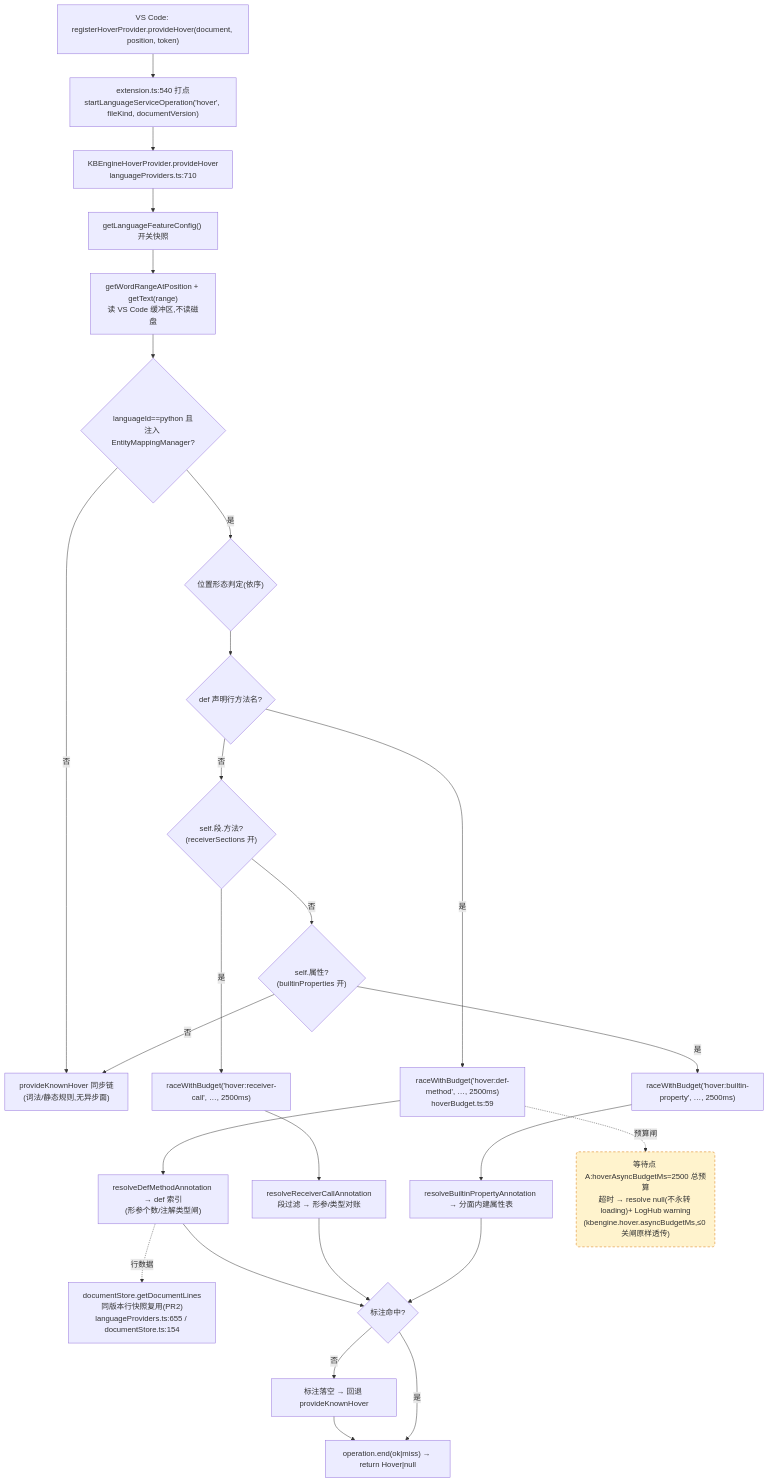
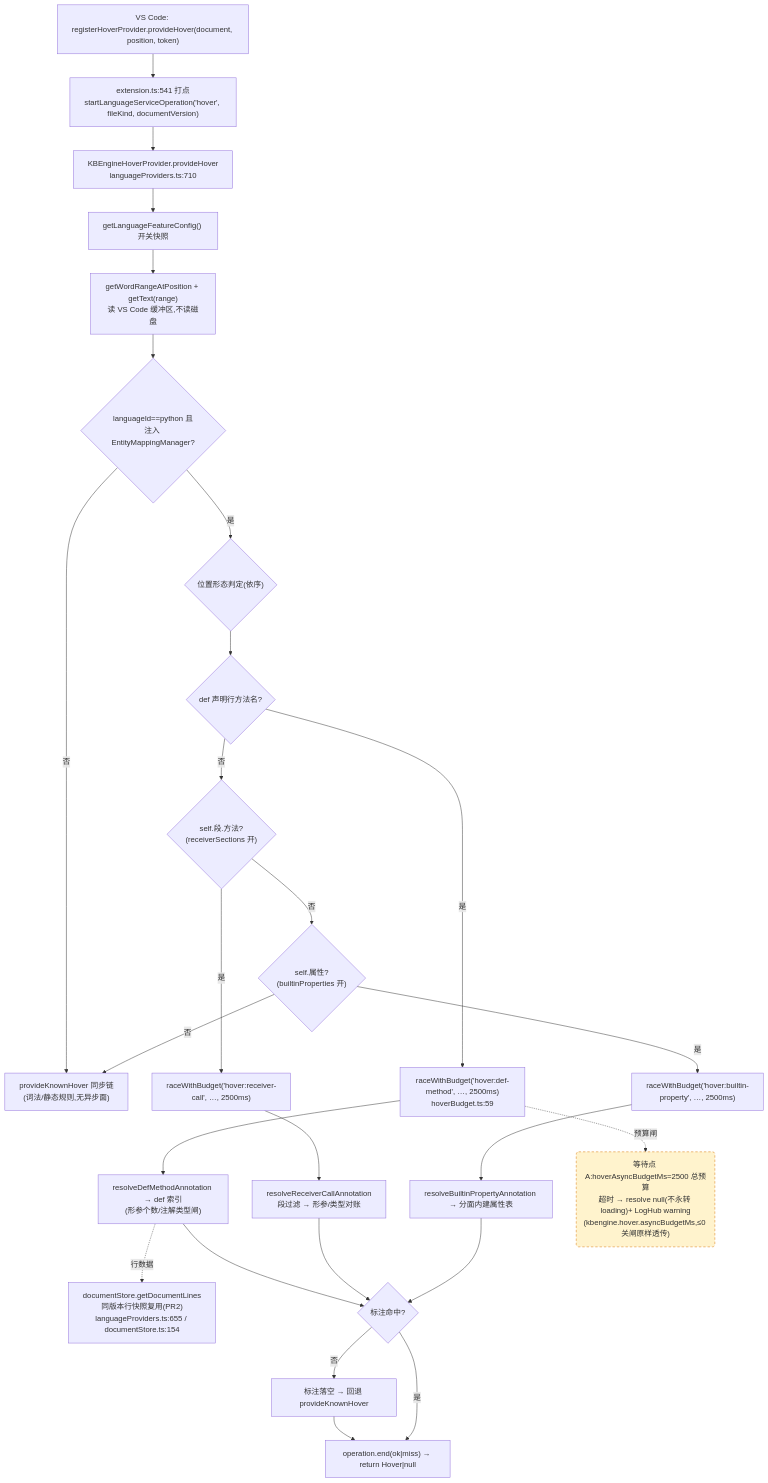
The first of 4 diagrams in docs/perf/2026-baseline.md (cuihairu/kode), drawn with Mermaid before and after one commit. The commit also changed other lines of this file and 5 other files, not shown here.

````diff
--- a/docs/perf/2026-baseline.md
+++ b/docs/perf/2026-baseline.md
@@ -82,45 +82,45 @@
 ```mermaid
 flowchart TD
   VC1["VS Code: registerHoverProvider.provideHover(document, position, token)"]
-  M1["extension.ts:540 打点<br/>startLanguageServiceOperation('hover', fileKind, documentVersion)"]
+  M1["extension.ts:541 打点<br/>startLanguageServiceOperation('hover', fileKind, documentVersion)"]
   HP["KBEngineHoverProvider.provideHover<br/>languageProviders.ts:710"]
   CFG["getLanguageFeatureConfig() 开关快照"]
   WORD["getWordRangeAtPosition + getText(range)<br/>读 VS Code 缓冲区,不读磁盘"]
   BR{"languageId==python 且<br/>注入 EntityMappingManager?"}
   KN["provideKnownHover 同步链<br/>(词法/静态规则,无异步面)"]
   POS{"位置形态判定(依序)"}
   D1{"def 声明行方法名?"}
   D2{"self.段.方法?<br/>(receiverSections 开)"}
   D3{"self.属性?<br/>(builtinProperties 开)"}
   RA1["raceWithBudget('hover:def-method', …, 2500ms)<br/>hoverBudget.ts:59"]
   RA2["raceWithBudget('hover:receiver-call', …, 2500ms)"]
   RA3["raceWithBudget('hover:builtin-property', …, 2500ms)"]
   RS1["resolveDefMethodAnnotation → def 索引<br/>(形参个数/注解类型闸)"]
   RS2["resolveReceiverCallAnnotation<br/>段过滤 → 形参/类型对账"]
   RS3["resolveBuiltinPropertyAnnotation → 分面内建属性表"]
   LINES["documentStore.getDocumentLines<br/>同版本行快照复用(PR2)<br/>languageProviders.ts:655 / documentStore.ts:154"]
   MISS["标注落空 → 回退 provideKnownHover"]
   END1["operation.end(ok|miss) → return Hover|null"]
 
   VC1 --> M1 --> HP --> CFG --> WORD --> BR
   BR -- "否" --> KN
   BR -- "是" --> POS --> D1
   D1 -- "是" --> RA1 --> RS1
   D1 -- "否" --> D2
   D2 -- "是" --> RA2 --> RS2
   D2 -- "否" --> D3
   D3 -- "是" --> RA3 --> RS3
   D3 -- "否" --> KN
   RS1 --> HIT{"标注命中?"}
   RS2 --> HIT
   RS3 --> HIT
   RS1 -.->|行数据| LINES
   HIT -- "否" --> MISS --> END1
   HIT -- "是" --> END1
 
   WAITA("等待点 A:hoverAsyncBudgetMs=2500 总预算<br/>超时 → resolve null(不永转 loading)+ LogHub warning<br/>(kbengine.hover.asyncBudgetMs,≤0 关闸原样透传)")
   RA1 -.->|预算闸| WAITA
 
   classDef waitPoint fill:#fff3cd,stroke:#d97706,stroke-dasharray:5 4;
   class WAITA waitPoint;
 ```
````
